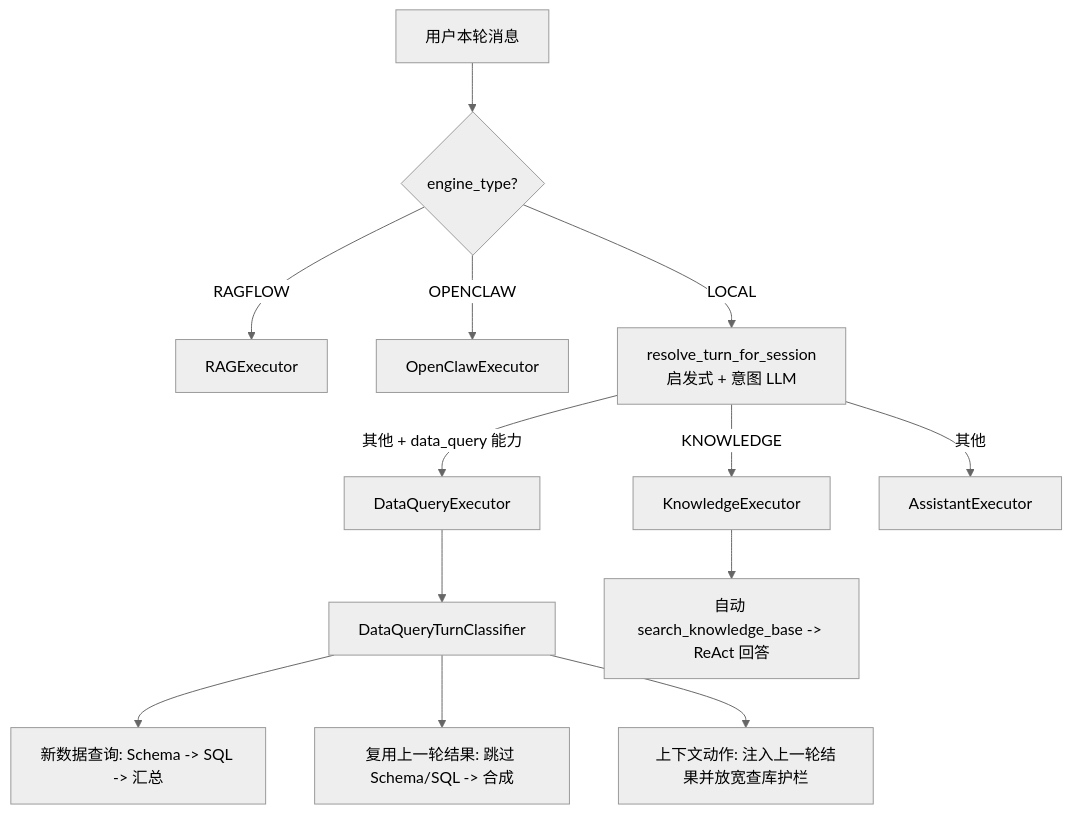
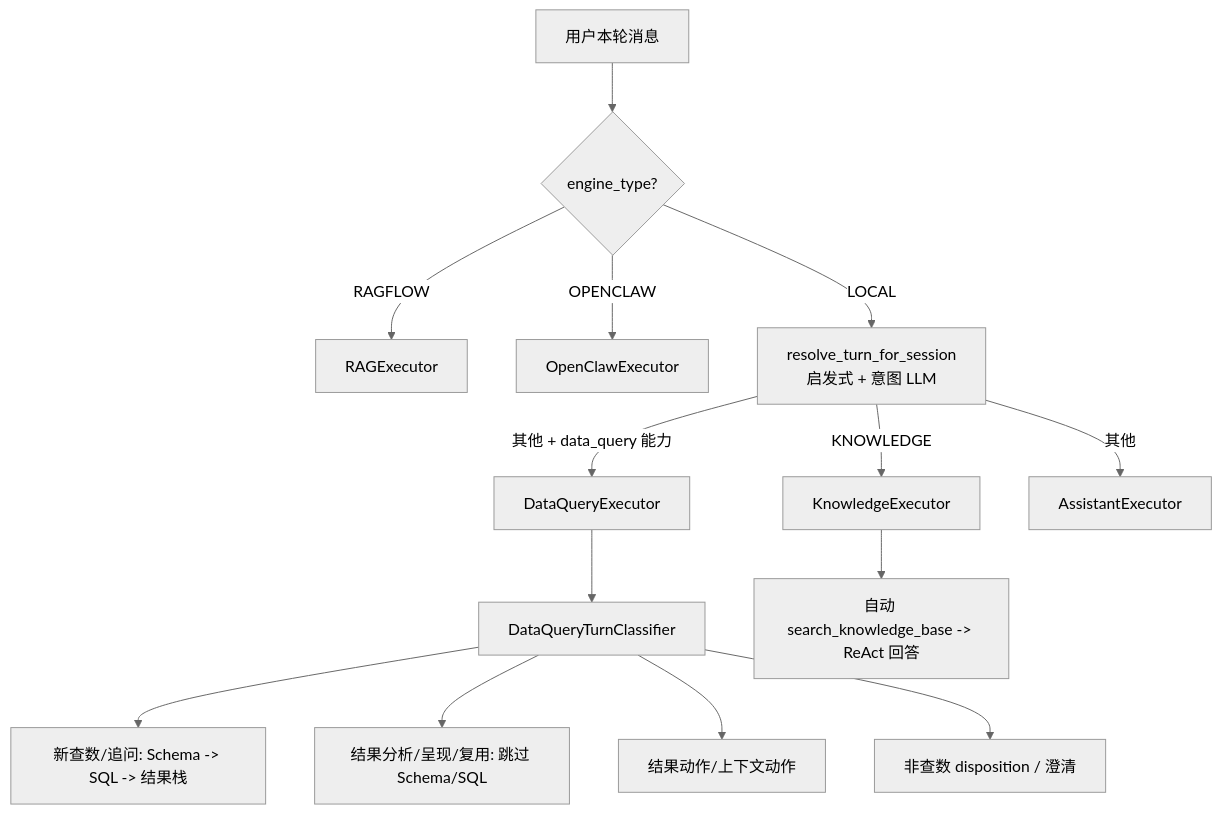
Before and after one commit to zhaoruifeng01/nanzi-ai-agent-platform: the second of 2 diagrams in architech/design/agent_execution_flow_review.md, drawn with Mermaid (neutral theme). The commit also changed other lines of this file and 10 other files, not shown here.

````diff
--- a/architech/design/agent_execution_flow_review.md
+++ b/architech/design/agent_execution_flow_review.md
@@ -88,15 +93,16 @@
 ```mermaid
 flowchart TD
     A["用户本轮消息"] --> B{"engine_type?"}
     B -->|"RAGFLOW"| R["RAGExecutor"]
     B -->|"OPENCLAW"| O["OpenClawExecutor"]
     B -->|"LOCAL"| H["resolve_turn_for_session<br/>启发式 + 意图 LLM"]
     H -->|"KNOWLEDGE"| K["KnowledgeExecutor"]
     H -->|"其他 + data_query 能力"| D["DataQueryExecutor"]
     H -->|"其他"| AS["AssistantExecutor"]
     D --> Q["DataQueryTurnClassifier"]
-    Q --> N["新数据查询: Schema -> SQL -> 汇总"]
-    Q --> P["复用上一轮结果: 跳过 Schema/SQL -> 合成"]
-    Q --> A2["上下文动作: 注入上一轮结果并放宽查库护栏"]
+    Q --> N["新查数/追问: Schema -> SQL -> 结果栈"]
+    Q --> P["结果分析/呈现/复用: 跳过 Schema/SQL"]
+    Q --> A2["结果动作/上下文动作"]
+    Q --> ND["非查数 disposition / 澄清"]
     K --> KB["自动 search_knowledge_base -> ReAct 回答"]
 ```
````
